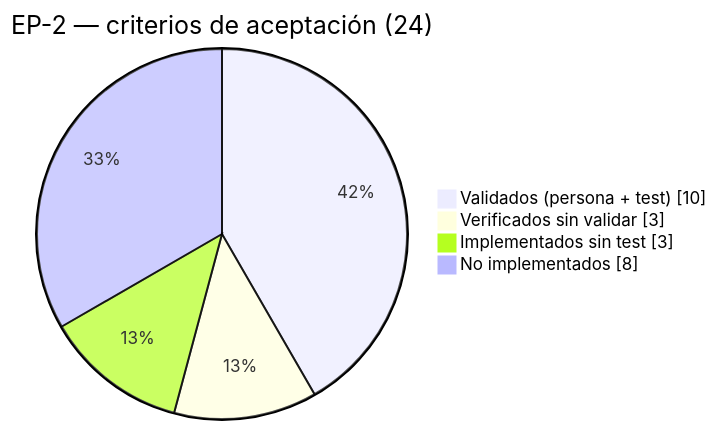
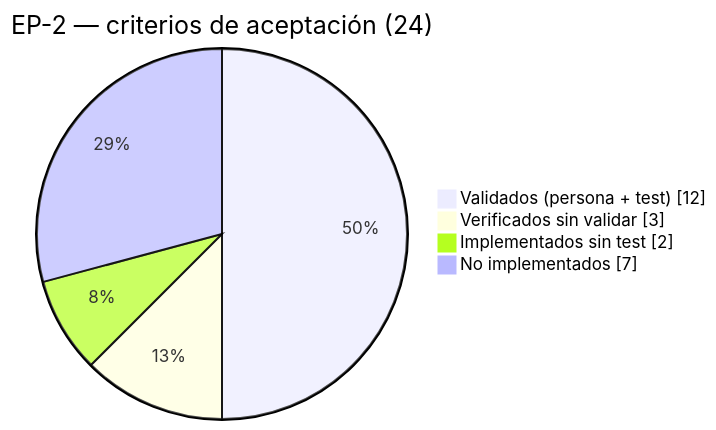
The diagram in docs/handoff/URBANEX_AVANCE_EPICAS.md (P4bl1t0ck/Urbanex), drawn with Mermaid before and after one commit. The commit also changed other lines of this file and 7 other files, not shown here.

````diff
--- a/docs/handoff/URBANEX_AVANCE_EPICAS.md
+++ b/docs/handoff/URBANEX_AVANCE_EPICAS.md
@@ -137,7 +138,7 @@
 ```mermaid
 pie showData title EP-2 — criterios de aceptación (24)
-  "Validados (persona + test)" : 10
+  "Validados (persona + test)" : 12
   "Verificados sin validar" : 3
-  "Implementados sin test" : 3
-  "No implementados" : 8
+  "Implementados sin test" : 2
+  "No implementados" : 7
 ```
````
